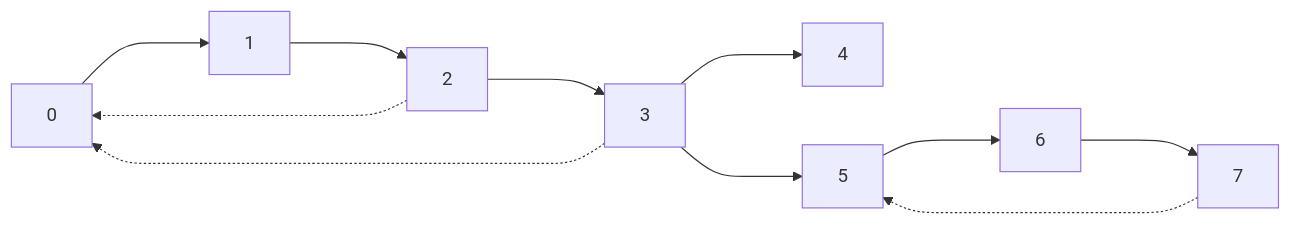
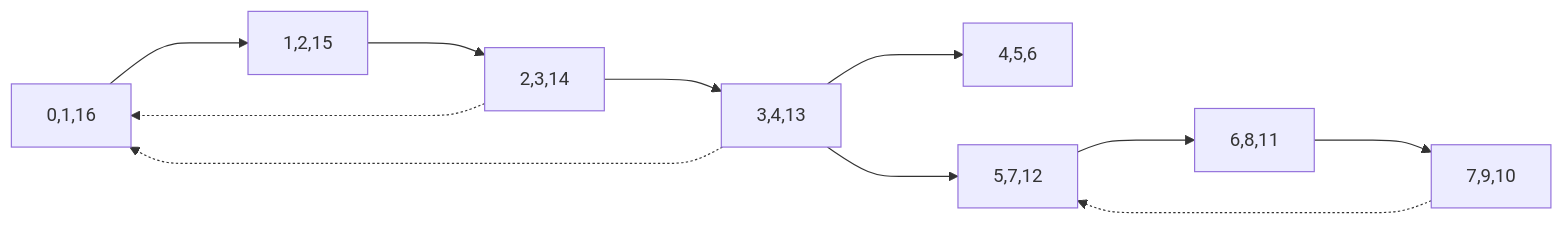
Before and after one commit to xtf0214/CPP: diagram 16 of 24 in OI-ACM/Graph/graph.md, drawn with Mermaid. The commit also changed other lines of this file, not shown here.

Commit message:
图论可视化

````diff
--- a/OI-ACM/Graph/graph.md
+++ b/OI-ACM/Graph/graph.md
@@ -180,13 +182,21 @@
 ```mermaid
 flowchart LR
+0["0,1,16"]
+1["1,2,15"]
+2["2,3,14"]
+3["3,4,13"]
+4["4,5,6"]
+5["5,7,12"]
+6["6,8,11"]
+7["7,9,10"]
 0--->1
 1--->2
 2--->3
 3--->4
 3--->5
 5--->6
 6--->7
 7-.->5
 2-.->0
 3-.->0
 ```
````
